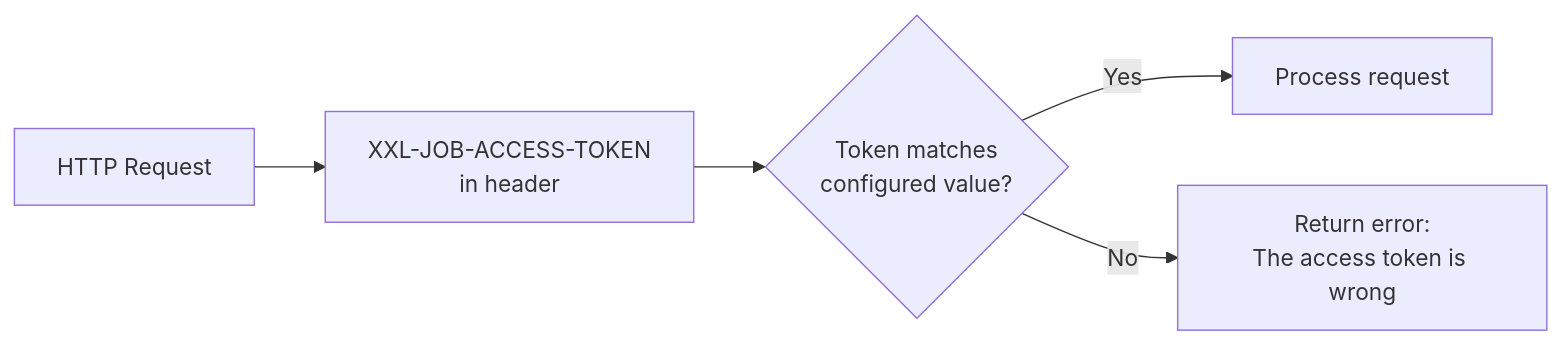
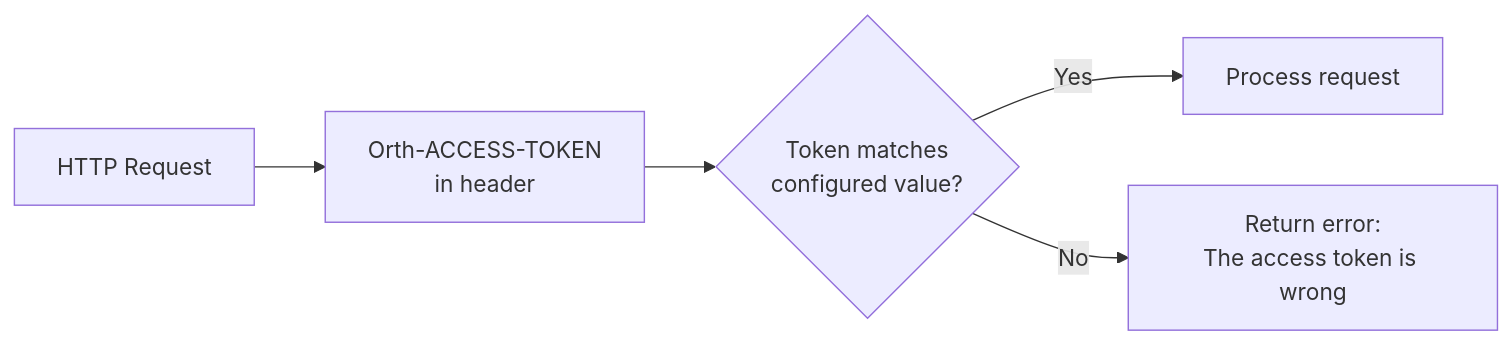
The fourth of 9 diagrams in arch/02-api-and-rpc.md (zombie12138/orth), drawn with Mermaid before and after one commit. The commit also changed 576 other files, not shown here.

First line of the commit message:
refactor: rename xxl-job → orth across entire project

````diff
--- a/arch/02-api-and-rpc.md
+++ b/arch/02-api-and-rpc.md
@@ -90,9 +90,9 @@
 ```mermaid
 flowchart LR
-    Request["HTTP Request"] --> Header["XXL-JOB-ACCESS-TOKEN<br/>in header"]
+    Request["HTTP Request"] --> Header["Orth-ACCESS-TOKEN<br/>in header"]
     
     Header --> Validate{Token matches<br/>configured value?}
     
     Validate -->|Yes| Allow["Process request"]
     Validate -->|No| Reject["Return error:<br/>The access token is wrong"]
 ```
````
